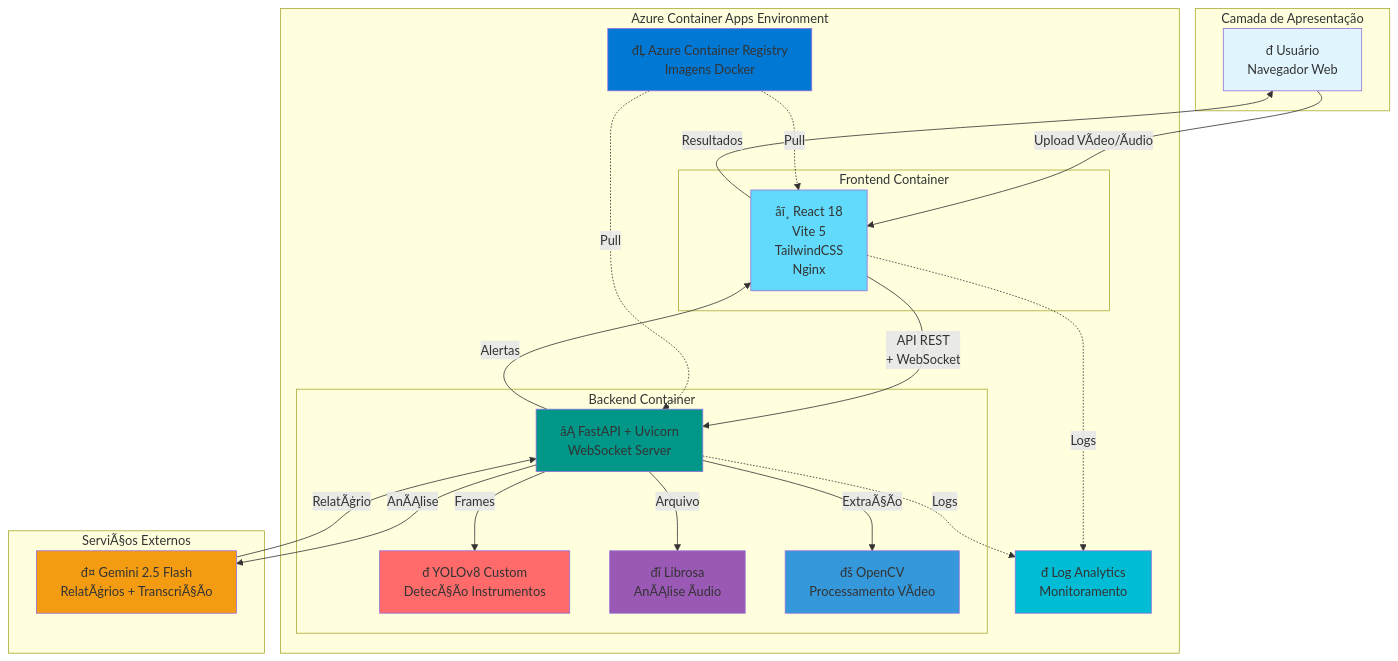
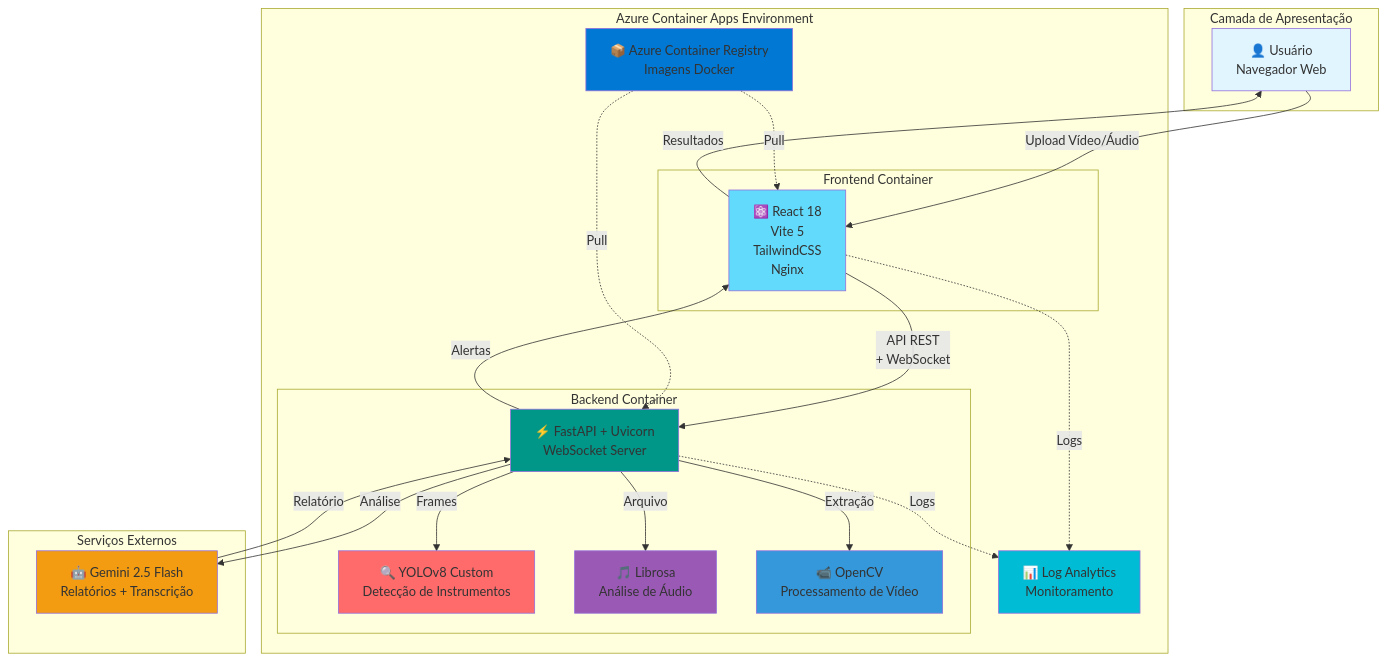
Before and after one commit to Ferstuque/MedVisionAI: the diagram in README.md, drawn with Mermaid.

Commit message:
fix: Corrigir encoding UTF-8 de caracteres portugueses no diagrama Mermaid

````diff
--- a/README.md
+++ b/README.md
@@ -61,51 +61,51 @@
 ```mermaid
 graph TB
     subgraph "Camada de Apresentação"
-        USER["đ Usuário<br/>Navegador Web"]
+        USER["👤 Usuário<br/>Navegador Web"]
     end
 
     subgraph "Azure Container Apps Environment"
         subgraph "Frontend Container"
-            REACT["âī¸ React 18<br/>Vite 5<br/>TailwindCSS<br/>Nginx"]
+            REACT["⚛️ React 18<br/>Vite 5<br/>TailwindCSS<br/>Nginx"]
         end
         
         subgraph "Backend Container"
-            API["âĄ FastAPI + Uvicorn<br/>WebSocket Server"]
-            YOLO["đ YOLOv8 Custom<br/>DetecÃ§Ão Instrumentos"]
-            AUDIO["đĩ Librosa<br/>AnÃĄlise Ãudio"]
-            CV["đš OpenCV<br/>Processamento VÃ­deo"]
+            API["⚡ FastAPI + Uvicorn<br/>WebSocket Server"]
+            YOLO["🔍 YOLOv8 Custom<br/>Detecção de Instrumentos"]
+            AUDIO["🎵 Librosa<br/>Análise de Áudio"]
+            CV["📹 OpenCV<br/>Processamento de Vídeo"]
         end
         
-        ACR["đĻ Azure Container Registry<br/>Imagens Docker"]
-        LOGS["đ Log Analytics<br/>Monitoramento"]
+        ACR["📦 Azure Container Registry<br/>Imagens Docker"]
+        LOGS["📊 Log Analytics<br/>Monitoramento"]
     end
     
-    subgraph "ServiÃ§os Externos"
-        GEMINI["đ¤ Gemini 2.5 Flash<br/>RelatÃģrios + TranscriÃ§Ão"]
+    subgraph "Serviços Externos"
+        GEMINI["🤖 Gemini 2.5 Flash<br/>Relatórios + Transcrição"]
     end
     
-    USER -->|"Upload VÃ­deo/Ãudio"| REACT
+    USER -->|"Upload Vídeo/Áudio"| REACT
     REACT -->|"API REST<br/>+ WebSocket"| API
     API -->|"Frames"| YOLO
     API -->|"Arquivo"| AUDIO
-    API -->|"ExtraÃ§Ão"| CV
-    API -->|"AnÃĄlise"| GEMINI
-    GEMINI -->|"RelatÃģrio"| API
+    API -->|"Extração"| CV
+    API -->|"Análise"| GEMINI
+    GEMINI -->|"Relatório"| API
     API -->|"Alertas"| REACT
     REACT -->|"Resultados"| USER
     
     ACR -.->|"Pull"| REACT
     ACR -.->|"Pull"| API
     API -.->|"Logs"| LOGS
     REACT -.->|"Logs"| LOGS
     
     style USER fill:#e1f5ff
     style REACT fill:#61dafb
     style API fill:#009688
     style YOLO fill:#ff6b6b
     style AUDIO fill:#9b59b6
     style CV fill:#3498db
     style GEMINI fill:#f39c12
     style ACR fill:#0078d4
     style LOGS fill:#00bcd4
 ```
````
